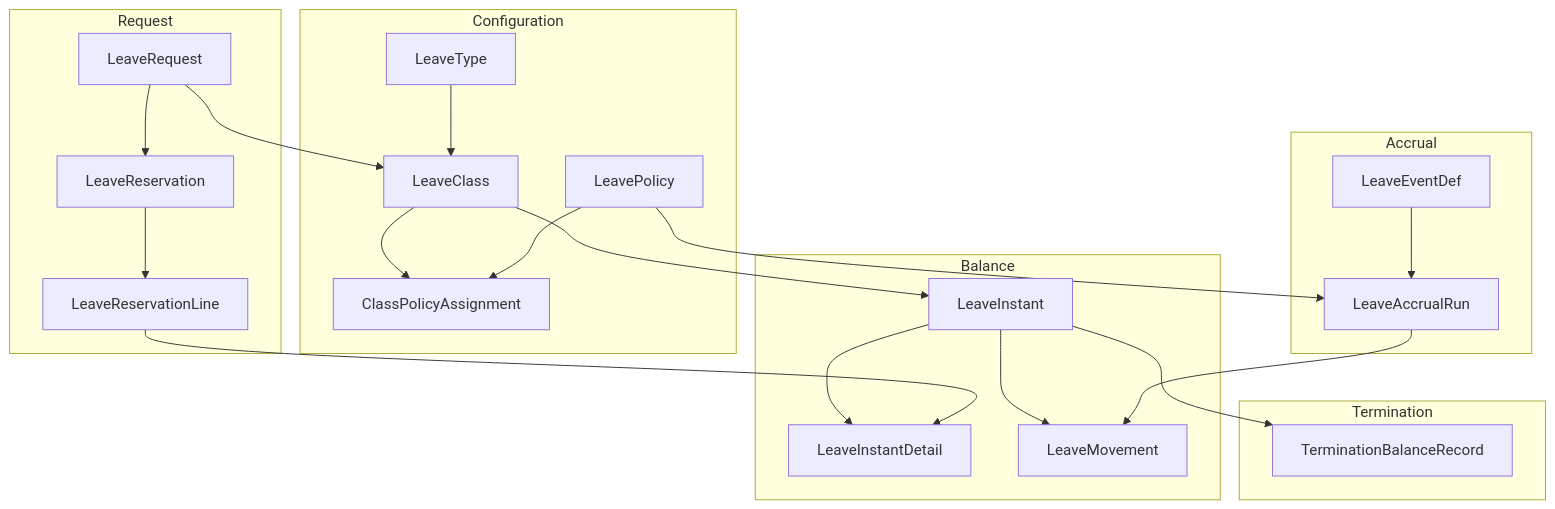
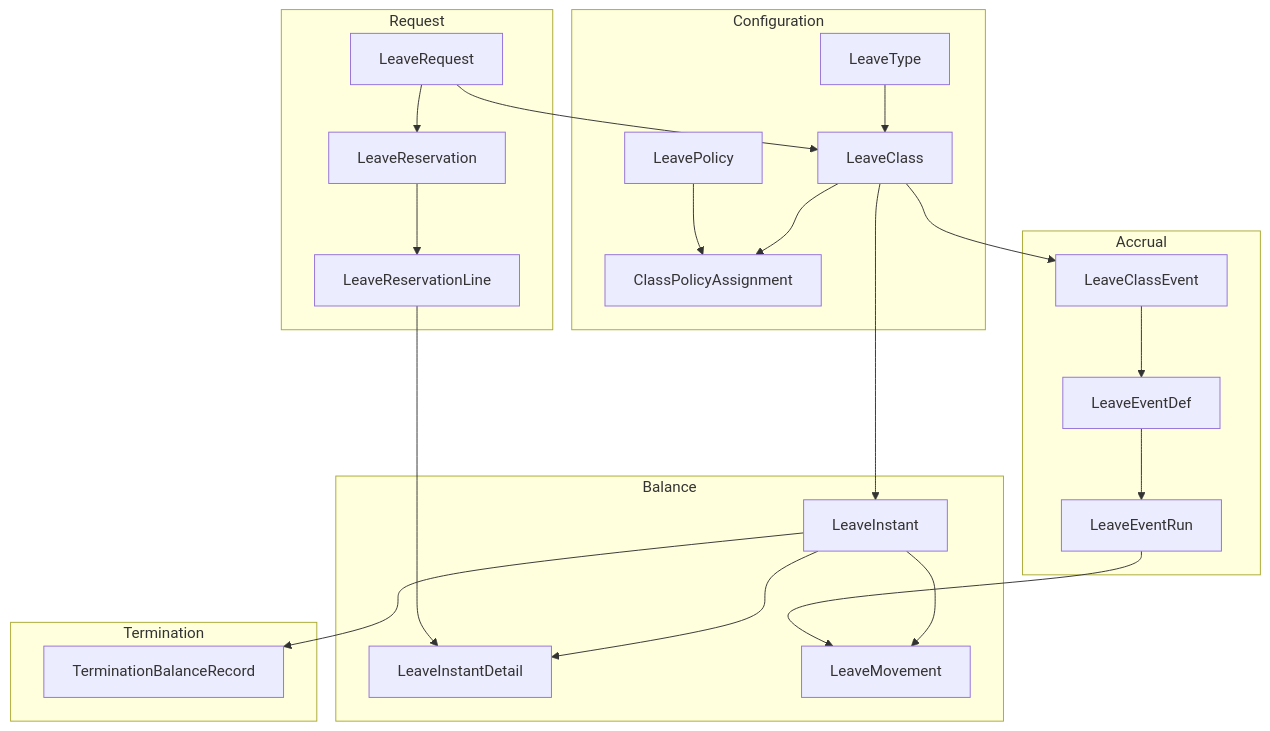
Before and after one commit to a4b-corporation/xTalent: the first of 6 diagrams in docs/02-dbml/TA/03-absence-model.md, drawn with Mermaid. The commit also changed other lines of this file and 3 other files, not shown here.

````diff
--- a/docs/02-dbml/TA/03-absence-model.md
+++ b/docs/02-dbml/TA/03-absence-model.md
@@ -57,49 +57,51 @@
 ```mermaid
 graph TB
     subgraph Configuration
         LT[LeaveType]
         LC[LeaveClass]
         LP[LeavePolicy]
         CPA[ClassPolicyAssignment]
     end
     
     subgraph Balance
         LI[LeaveInstant]
         LID[LeaveInstantDetail]
         LM[LeaveMovement]
     end
     
     subgraph Request
         LR[LeaveRequest]
         LRSV[LeaveReservation]
         LRSL[LeaveReservationLine]
     end
     
     subgraph Accrual
         LED[LeaveEventDef]
-        LAR[LeaveAccrualRun]
+        LER[LeaveEventRun]
+        LCE[LeaveClassEvent]
     end
     
     subgraph Termination
         TBR[TerminationBalanceRecord]
     end
     
     LT --> LC
     LC --> CPA
     LP --> CPA
     
     LC --> LI
     LI --> LID
     LI --> LM
     
     LR --> LC
     LR --> LRSV
     LRSV --> LRSL
     LRSL --> LID
     
-    LED --> LAR
-    LP --> LAR
-    LAR --> LM
+    LED --> LER
+    LCE --> LED
+    LC --> LCE
+    LER --> LM
     
     LI --> TBR
 ```
````
